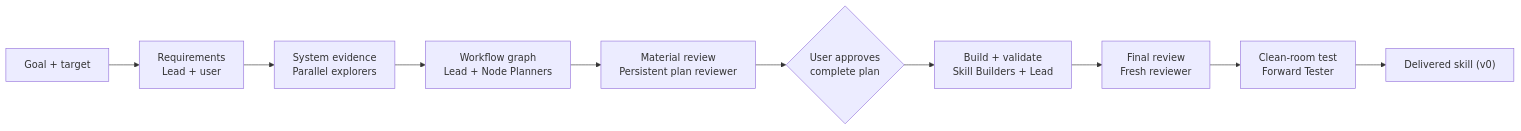
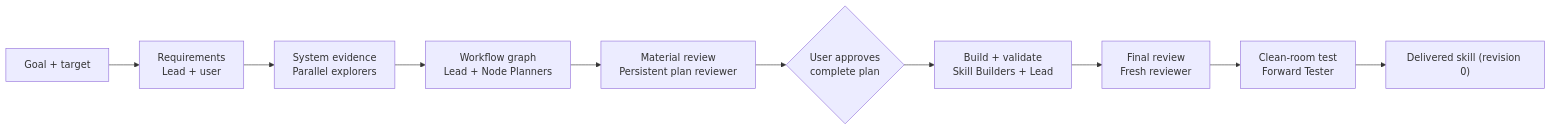
One commit to jinhuang12/pave changed the first of 5 diagrams in skills/pave-init/README.md. Above: the diagram before and after it, drawn with Mermaid. The commit also changed other lines of this file and 52 other files, not shown here.

First line of the commit message:
pave-init 2.5.0: pave-evolve skill, updater/reviewer seats, append-only revision ledger, graph edit guard

````diff
--- a/skills/pave-init/README.md
+++ b/skills/pave-init/README.md
@@ -85,12 +84,12 @@
 ```mermaid
 flowchart LR
     GOAL["Goal + target"] --> REQUIREMENTS["Requirements<br/>Lead + user"]
     REQUIREMENTS --> EXPLORE["System evidence<br/>Parallel explorers"]
     EXPLORE --> PLAN["Workflow graph<br/>Lead + Node Planners"]
     PLAN --> REVIEW["Material review<br/>Persistent plan reviewer"]
     REVIEW --> APPROVAL{"User approves<br/>complete plan"}
     APPROVAL --> BUILD["Build + validate<br/>Skill Builders + Lead"]
     BUILD --> FINALREVIEW["Final review<br/>Fresh reviewer"]
     FINALREVIEW --> TEST["Clean-room test<br/>Forward Tester"]
-    TEST --> DONE["Delivered skill (v0)"]
+    TEST --> DONE["Delivered skill (revision 0)"]
 ```
````
